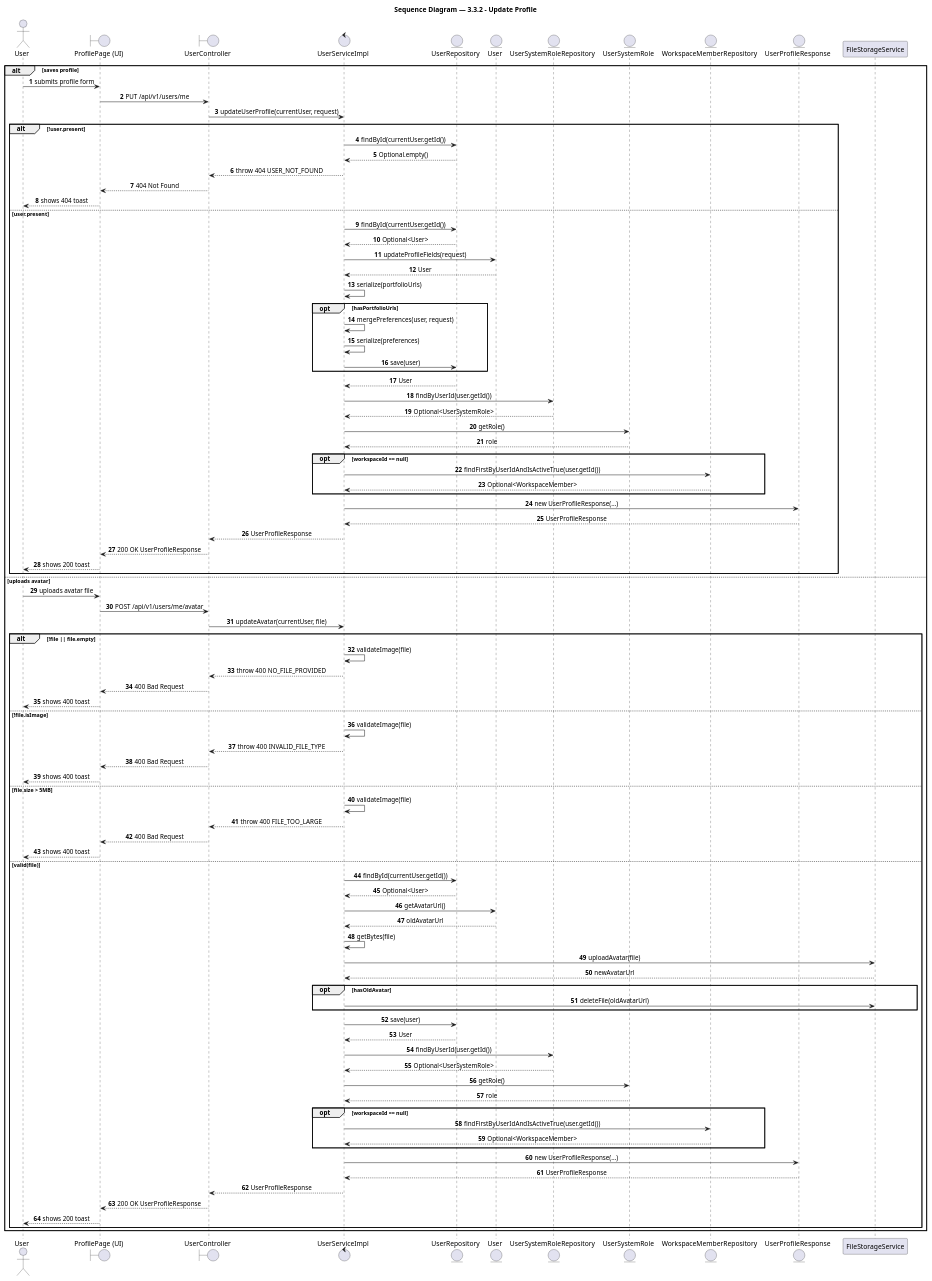
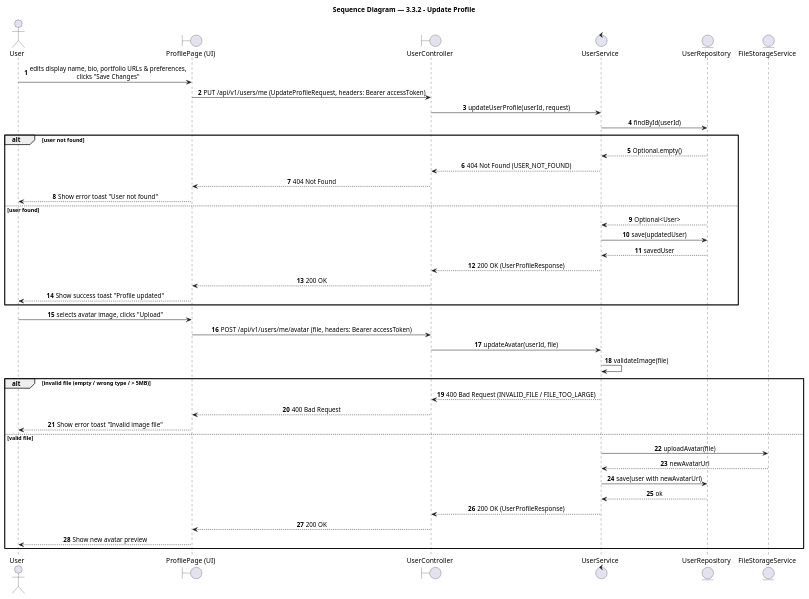
Before and after one commit to BrandHubOrganization/brandhub-infrastructure: the diagram in docs/feature/profile/3-3-2-update-profile/report4_sequence.puml, drawn with PlantUML. The commit also changed 502 other files, not shown here.

First line of the commit message:
docs(features): complete standard 7-file suites and UML 2.5 sequence diagrams for all member FRs

```diff
--- a/docs/feature/profile/3-3-2-update-profile/report4_sequence.puml
+++ b/docs/feature/profile/3-3-2-update-profile/report4_sequence.puml
@@ -1,107 +1,56 @@
 @startuml 3.3.2 - Update Profile
 title Sequence Diagram — 3.3.2 - Update Profile
 
 autonumber
 skinparam shadowing false
 skinparam sequenceMessageAlign center
-skinparam BoxPadding 10
-skinparam ParticipantPadding 10
 
 ' === Participants ===
 actor "User" as user
-boundary "ProfilePage (UI)" as profilepage_ui
-boundary "UserController" as usercontroller
-control "UserServiceImpl" as userserviceimpl
-entity "UserRepository" as userrepository
-entity "User" as user_1
-entity "UserSystemRoleRepository" as usersystemrolerepository
-entity "UserSystemRole" as usersystemrole
-entity "WorkspaceMemberRepository" as workspacememberrepository
-entity "UserProfileResponse" as userprofileresponse
-participant "FileStorageService" as filestorageservice
+boundary "ProfilePage (UI)" as ui
+boundary "UserController" as ctrl
+control "UserService" as svc
+entity "UserRepository" as userRepo
+entity "FileStorageService" as storage
 
-alt saves profile
-  user -> profilepage_ui: submits profile form
-  profilepage_ui -> usercontroller: PUT /api/v1/users/me
-  usercontroller -> userserviceimpl: updateUserProfile(currentUser, request)
-  alt !user.present
-    userserviceimpl -> userrepository: findById(currentUser.getId())
-    userrepository --> userserviceimpl: Optional.empty()
-    userserviceimpl --> usercontroller: throw 404 USER_NOT_FOUND
-    usercontroller --> profilepage_ui: 404 Not Found
-    profilepage_ui --> user: shows 404 toast
-  else user.present
-    userserviceimpl -> userrepository: findById(currentUser.getId())
-    userrepository --> userserviceimpl: Optional<User>
-    userserviceimpl -> user_1: updateProfileFields(request)
-    user_1 --> userserviceimpl: User
-    userserviceimpl -> userserviceimpl: serialize(portfolioUrls)
-    opt hasPortfolioUrls
-      userserviceimpl -> userserviceimpl: mergePreferences(user, request)
-      userserviceimpl -> userserviceimpl: serialize(preferences)
-      userserviceimpl -> userrepository: save(user)
-    end
-    userrepository --> userserviceimpl: User
-    userserviceimpl -> usersystemrolerepository: findByUserId(user.getId())
-    usersystemrolerepository --> userserviceimpl: Optional<UserSystemRole>
-    userserviceimpl -> usersystemrole: getRole()
-    usersystemrole --> userserviceimpl: role
-    opt workspaceId == null
-      userserviceimpl -> workspacememberrepository: findFirstByUserIdAndIsActiveTrue(user.getId())
-      workspacememberrepository --> userserviceimpl: Optional<WorkspaceMember>
-    end
-    userserviceimpl -> userprofileresponse: new UserProfileResponse(...)
-    userprofileresponse --> userserviceimpl: UserProfileResponse
-    userserviceimpl --> usercontroller: UserProfileResponse
-    usercontroller --> profilepage_ui: 200 OK UserProfileResponse
-    profilepage_ui --> user: shows 200 toast
-  end
-else uploads avatar
-  user -> profilepage_ui: uploads avatar file
-  profilepage_ui -> usercontroller: POST /api/v1/users/me/avatar
-  usercontroller -> userserviceimpl: updateAvatar(currentUser, file)
-  alt !file || file.empty
-    userserviceimpl -> userserviceimpl: validateImage(file)
-    userserviceimpl --> usercontroller: throw 400 NO_FILE_PROVIDED
-    usercontroller --> profilepage_ui: 400 Bad Request
-    profilepage_ui --> user: shows 400 toast
-  else !file.isImage
-    userserviceimpl -> userserviceimpl: validateImage(file)
-    userserviceimpl --> usercontroller: throw 400 INVALID_FILE_TYPE
-    usercontroller --> profilepage_ui: 400 Bad Request
-    profilepage_ui --> user: shows 400 toast
-  else file.size > 5MB
-    userserviceimpl -> userserviceimpl: validateImage(file)
-    userserviceimpl --> usercontroller: throw 400 FILE_TOO_LARGE
-    usercontroller --> profilepage_ui: 400 Bad Request
-    profilepage_ui --> user: shows 400 toast
-  else valid(file)
-    userserviceimpl -> userrepository: findById(currentUser.getId())
-    userrepository --> userserviceimpl: Optional<User>
-    userserviceimpl -> user_1: getAvatarUrl()
-    user_1 --> userserviceimpl: oldAvatarUrl
-    userserviceimpl -> userserviceimpl: getBytes(file)
-    userserviceimpl -> filestorageservice: uploadAvatar(file)
-    filestorageservice --> userserviceimpl: newAvatarUrl
-    opt hasOldAvatar
-      userserviceimpl -> filestorageservice: deleteFile(oldAvatarUrl)
-    end
-    userserviceimpl -> userrepository: save(user)
-    userrepository --> userserviceimpl: User
-    userserviceimpl -> usersystemrolerepository: findByUserId(user.getId())
-    usersystemrolerepository --> userserviceimpl: Optional<UserSystemRole>
-    userserviceimpl -> usersystemrole: getRole()
-    usersystemrole --> userserviceimpl: role
-    opt workspaceId == null
-      userserviceimpl -> workspacememberrepository: findFirstByUserIdAndIsActiveTrue(user.getId())
-      workspacememberrepository --> userserviceimpl: Optional<WorkspaceMember>
-    end
-    userserviceimpl -> userprofileresponse: new UserProfileResponse(...)
-    userprofileresponse --> userserviceimpl: UserProfileResponse
-    userserviceimpl --> usercontroller: UserProfileResponse
-    usercontroller --> profilepage_ui: 200 OK UserProfileResponse
-    profilepage_ui --> user: shows 200 toast
-  end
+' === Flow: Update profile info ===
+user -> ui: edits display name, bio, portfolio URLs & preferences,\nclicks "Save Changes"
+ui -> ctrl: PUT /api/v1/users/me (UpdateProfileRequest, headers: Bearer accessToken)
+ctrl -> svc: updateUserProfile(userId, request)
+svc -> userRepo: findById(userId)
+
+alt user not found
+  userRepo --> svc: Optional.empty()
+  svc --> ctrl: 404 Not Found (USER_NOT_FOUND)
+  ctrl --> ui: 404 Not Found
+  ui --> user: Show error toast "User not found"
+else user found
+  userRepo --> svc: Optional<User>
+  svc -> userRepo: save(updatedUser)
+  userRepo --> svc: savedUser
+  svc --> ctrl: 200 OK (UserProfileResponse)
+  ctrl --> ui: 200 OK
+  ui --> user: Show success toast "Profile updated"
+end
+
+' === Flow: Upload avatar ===
+user -> ui: selects avatar image, clicks "Upload"
+ui -> ctrl: POST /api/v1/users/me/avatar (file, headers: Bearer accessToken)
+ctrl -> svc: updateAvatar(userId, file)
+svc -> svc: validateImage(file)
+
+alt invalid file (empty / wrong type / > 5MB)
+  svc --> ctrl: 400 Bad Request (INVALID_FILE / FILE_TOO_LARGE)
+  ctrl --> ui: 400 Bad Request
+  ui --> user: Show error toast "Invalid image file"
+else valid file
+  svc -> storage: uploadAvatar(file)
+  storage --> svc: newAvatarUrl
+  svc -> userRepo: save(user with newAvatarUrl)
+  userRepo --> svc: ok
+  svc --> ctrl: 200 OK (UserProfileResponse)
+  ctrl --> ui: 200 OK
+  ui --> user: Show new avatar preview
 end
 
 @enduml
```
